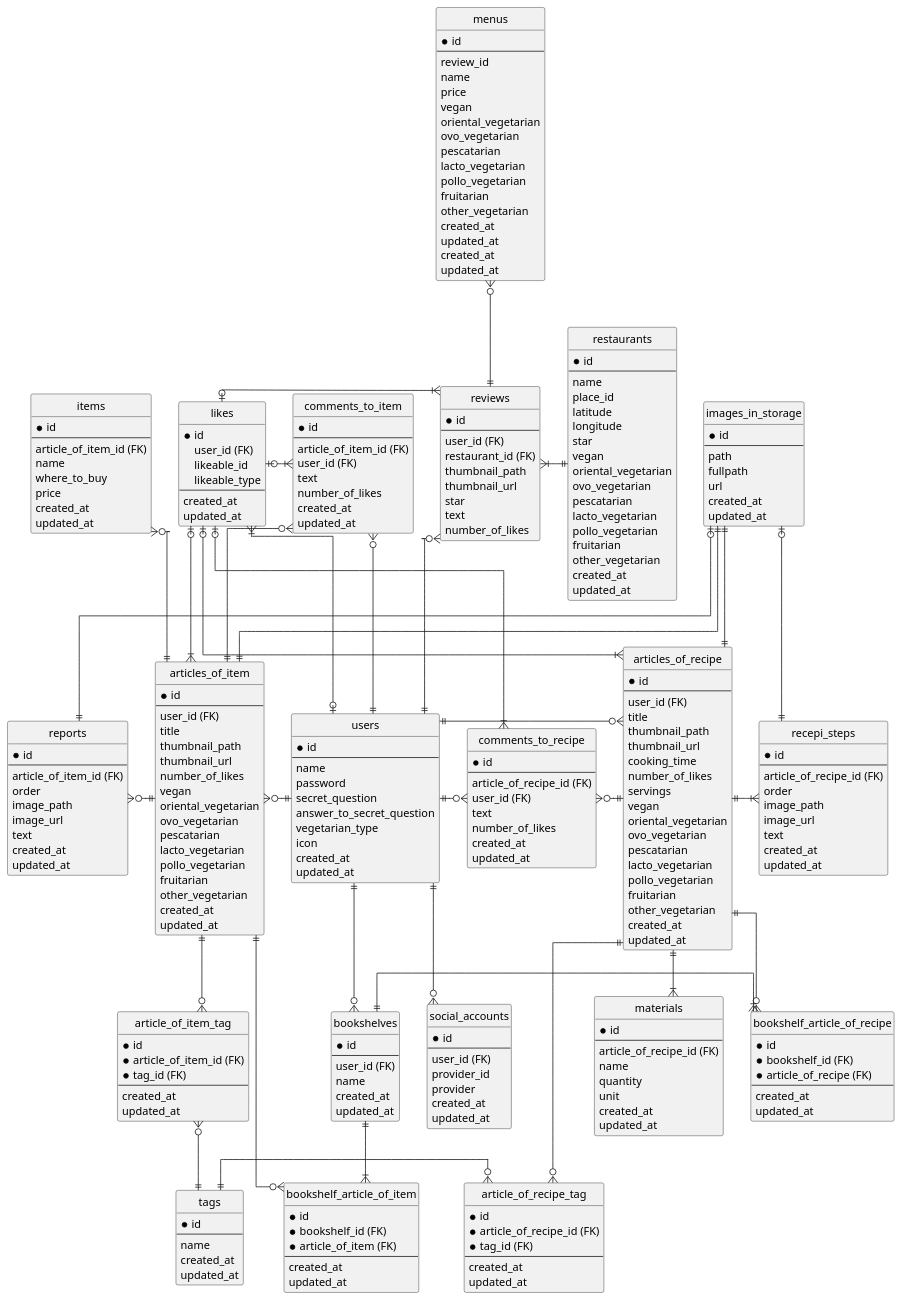
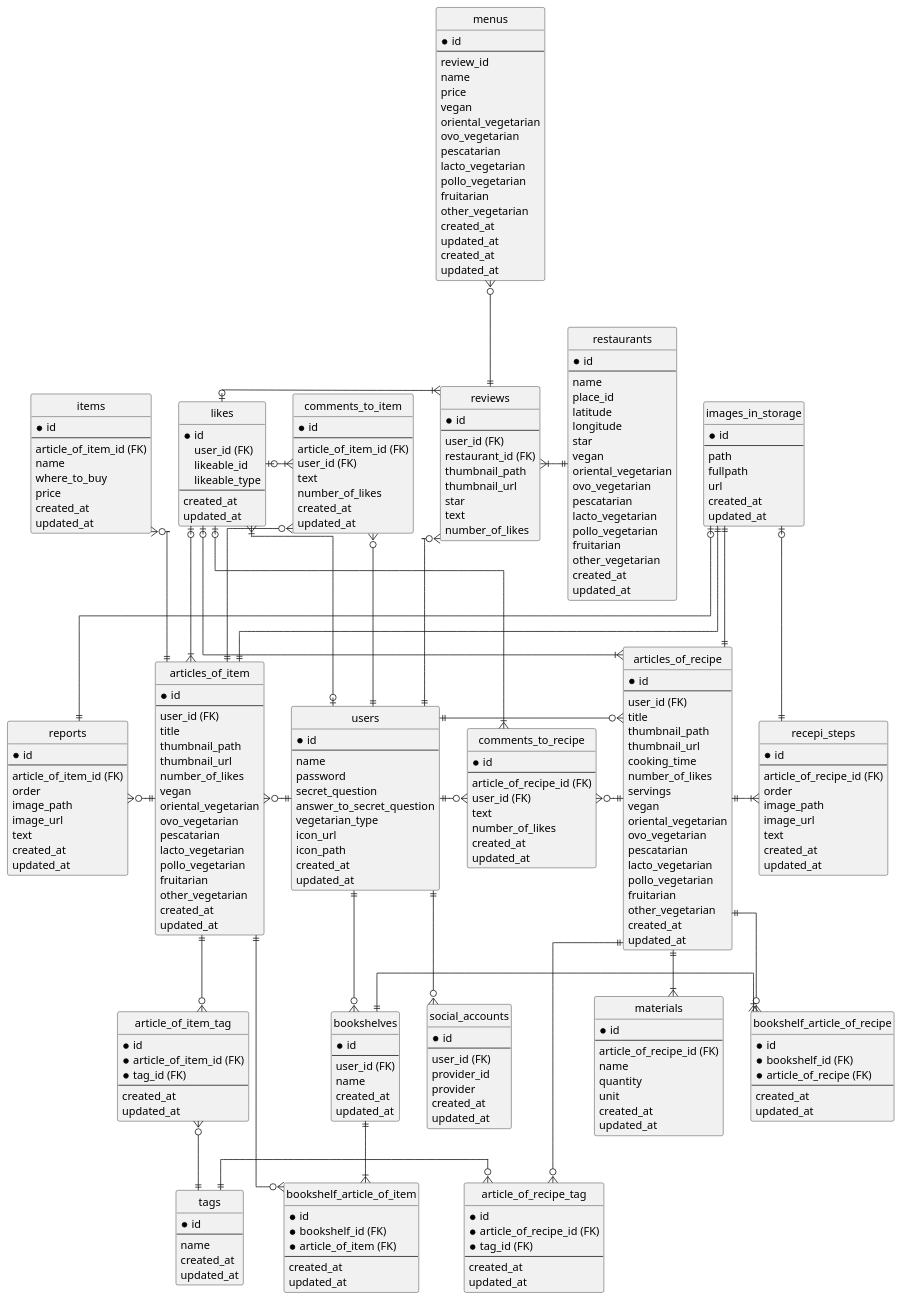
One commit to SayuriOkuyama/Original changed the diagram in documents/er.pu. Above: the diagram before and after it, drawn with PlantUML. The commit also changed 1 other file, not shown here.

```diff
--- a/documents/er.pu
+++ b/documents/er.pu
@@ -14,7 +14,8 @@
   secret_question
   answer_to_secret_question
   vegetarian_type
-  icon
+  icon_url
+  icon_path
   created_at
   updated_at
 }
```
